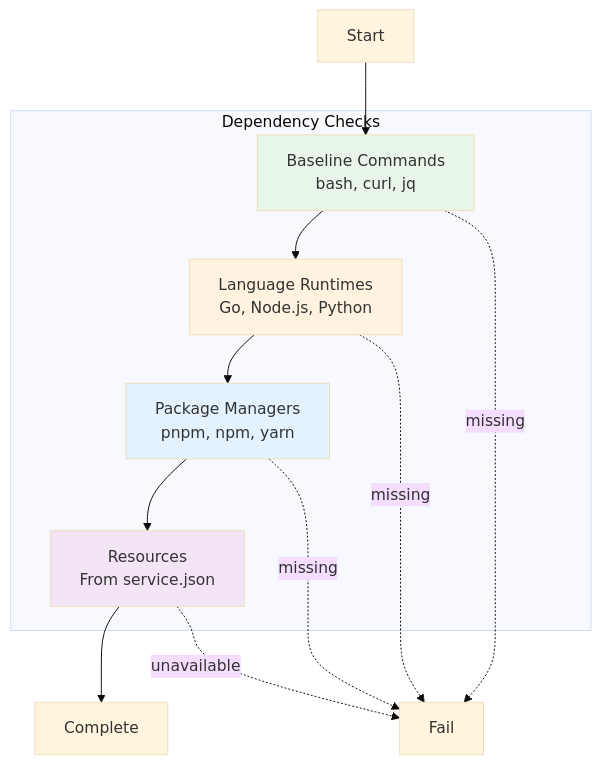
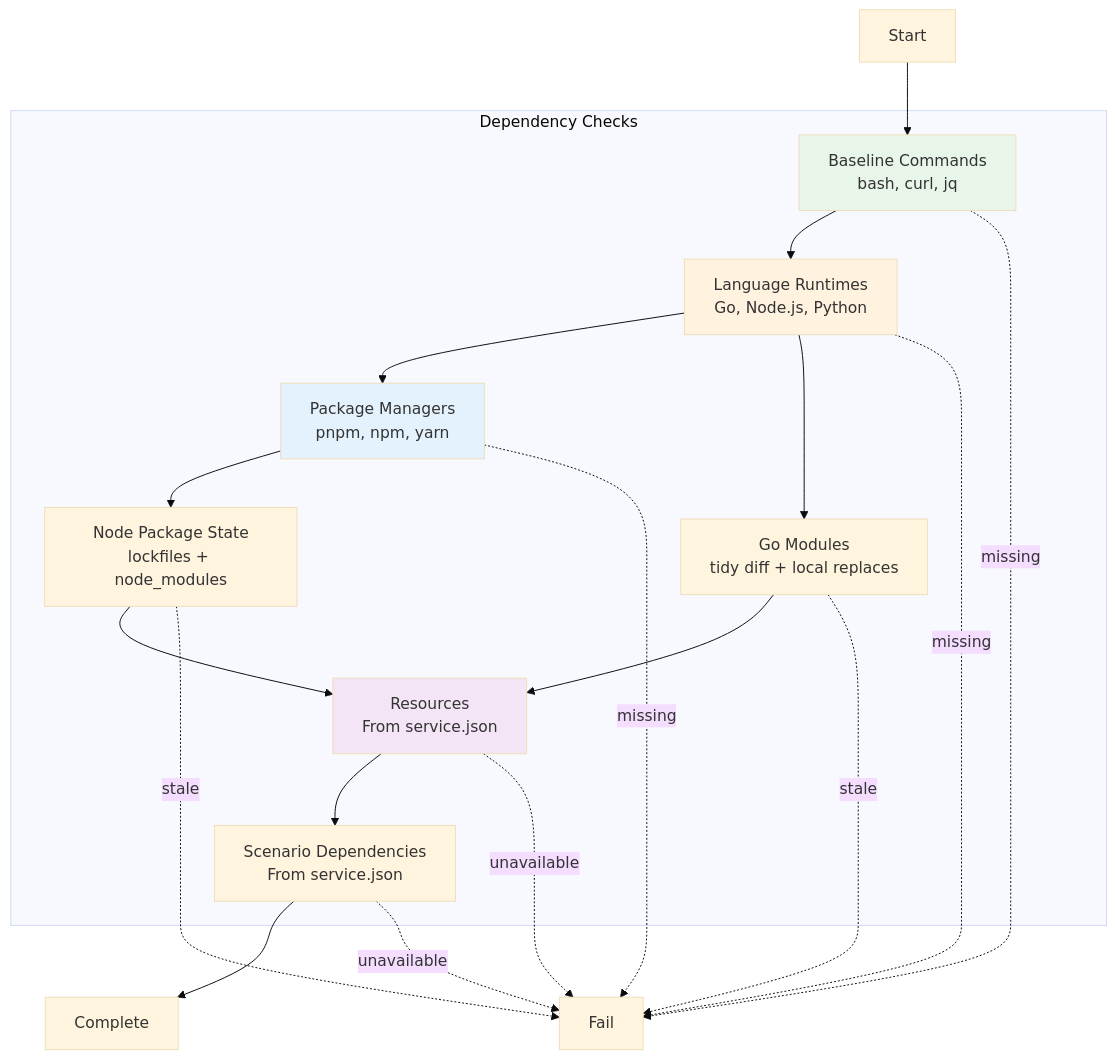
Before and after one commit to Vrooli/Vrooli: the diagram in scenarios/test-genie/docs/phases/dependencies/README.md, drawn with Mermaid (base theme). The commit also changed other lines of this file and 153 other files, not shown here.

````diff
--- a/scenarios/test-genie/docs/phases/dependencies/README.md
+++ b/scenarios/test-genie/docs/phases/dependencies/README.md
@@ -12,25 +12,35 @@
 ```mermaid
 graph TB
     subgraph "Dependency Checks"
         BASELINE[Baseline Commands<br/>bash, curl, jq]
         RUNTIMES[Language Runtimes<br/>Go, Node.js, Python]
         PKGMGRS[Package Managers<br/>pnpm, npm, yarn]
+        GOMOD[Go Modules<br/>tidy diff + local replaces]
+        NODESTATE[Node Package State<br/>lockfiles + node_modules]
         RESOURCES[Resources<br/>From service.json]
+        SCENARIOS[Scenario Dependencies<br/>From service.json]
     end
 
     START[Start] --> BASELINE
     BASELINE --> RUNTIMES
     RUNTIMES --> PKGMGRS
-    PKGMGRS --> RESOURCES
-    RESOURCES --> DONE[Complete]
+    RUNTIMES --> GOMOD
+    PKGMGRS --> NODESTATE
+    NODESTATE --> RESOURCES
+    GOMOD --> RESOURCES
+    RESOURCES --> SCENARIOS
+    SCENARIOS --> DONE[Complete]
 
     BASELINE -.->|missing| FAIL[Fail]
     RUNTIMES -.->|missing| FAIL
     PKGMGRS -.->|missing| FAIL
+    GOMOD -.->|stale| FAIL
+    NODESTATE -.->|stale| FAIL
     RESOURCES -.->|unavailable| FAIL
+    SCENARIOS -.->|unavailable| FAIL
 
     style BASELINE fill:#e8f5e9
     style RUNTIMES fill:#fff3e0
     style PKGMGRS fill:#e3f2fd
     style RESOURCES fill:#f3e5f5
 ```
````
